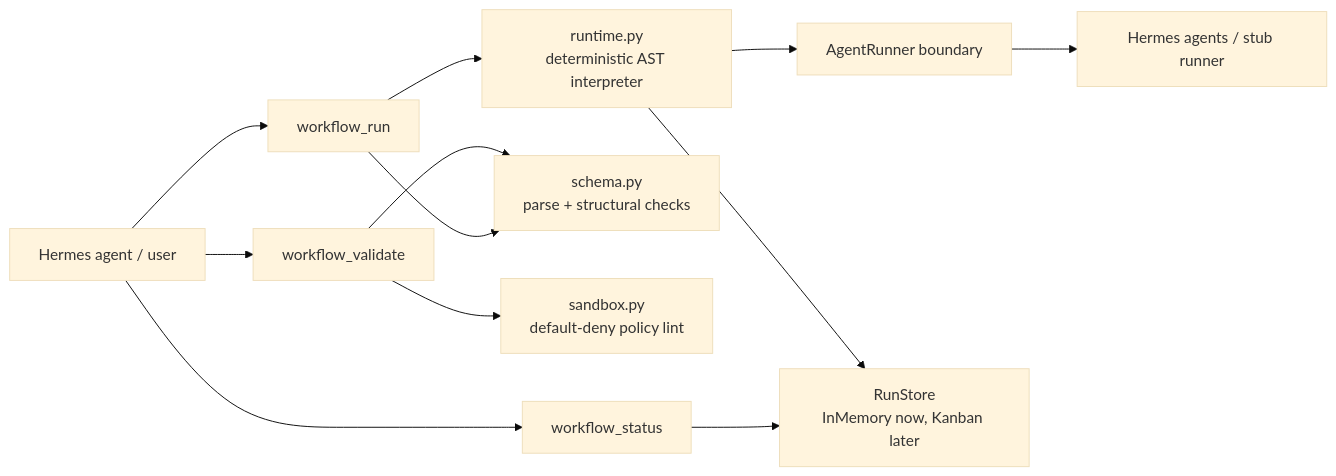
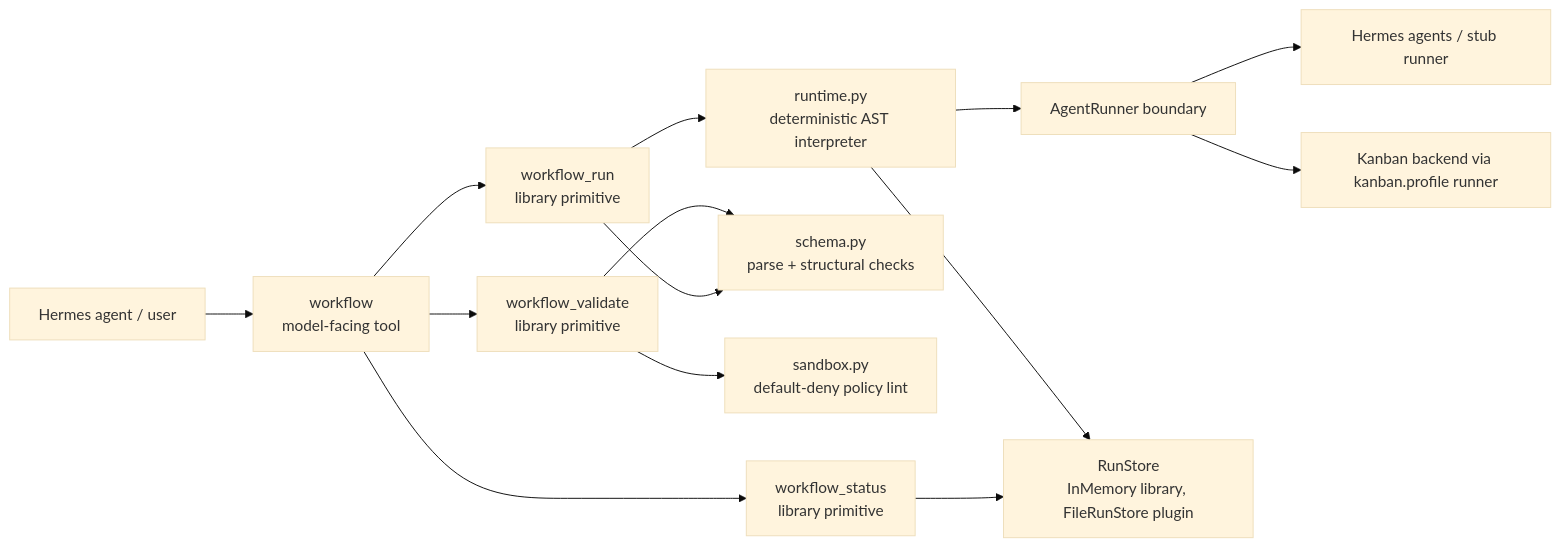
Before and after one commit to donovan-yohan/hermes-plugin-dynamic-workflows: the first of 3 diagrams in README.md, drawn with Mermaid (base theme). The commit also changed other lines of this file and 18 other files, not shown here.

First line of the commit message:
Add workflow facade and durable Kanban steps (#12)

````diff
--- a/README.md
+++ b/README.md
@@ -140,17 +171,19 @@
 ```mermaid
 flowchart LR
-  LLM[Hermes agent / user] --> V[workflow_validate]
-  LLM --> R[workflow_run]
-  LLM --> S[workflow_status]
+  LLM[Hermes agent / user] --> W[workflow\nmodel-facing tool]
 
+  W --> V[workflow_validate\nlibrary primitive]
+  W --> R[workflow_run\nlibrary primitive]
+  W --> S[workflow_status\nlibrary primitive]
   V --> SC[schema.py\nparse + structural checks]
   V --> SB[sandbox.py\ndefault-deny policy lint]
 
   R --> SC
   R --> RT[runtime.py\ndeterministic AST interpreter]
   RT --> AR[AgentRunner boundary]
   AR --> HA[Hermes agents / stub runner]
-  RT --> STORE[RunStore\nInMemory now, Kanban later]
+  AR --> KB[Kanban backend via kanban.profile runner]
+  RT --> STORE[RunStore\nInMemory library, FileRunStore plugin]
 
   S --> STORE
 ```
````
